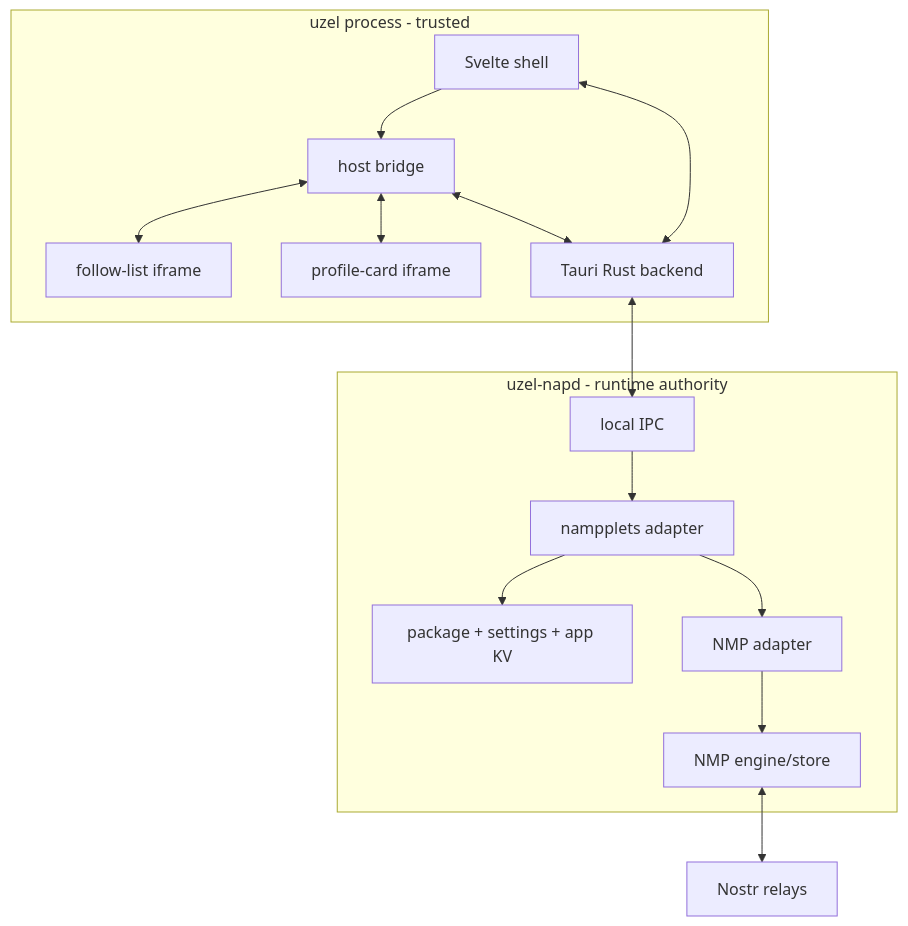
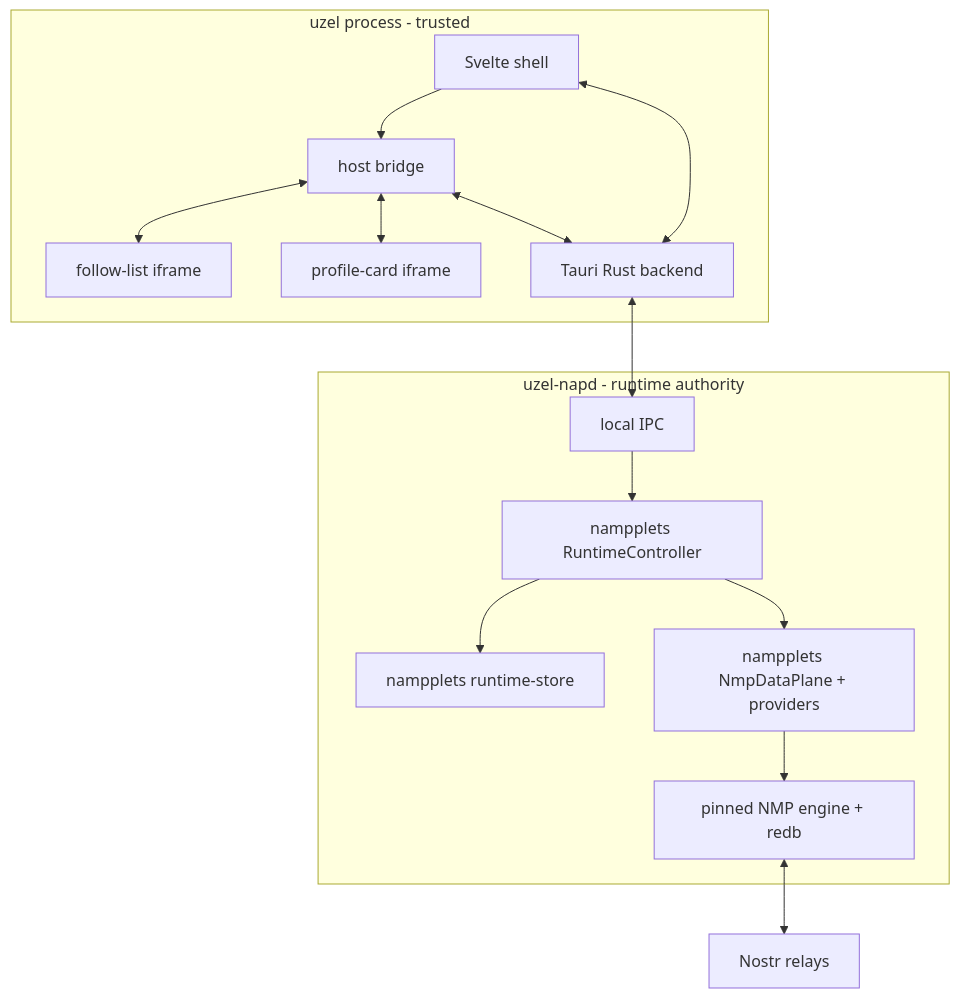
The first of 5 diagrams in uzel-poc-validated-pack/docs/02-architecture.md (jodobear/uzel), drawn with Mermaid before and after one commit. The commit also changed other lines of this file and 26 other files, not shown here.

````diff
--- a/uzel-poc-validated-pack/docs/02-architecture.md
+++ b/uzel-poc-validated-pack/docs/02-architecture.md
@@ -5,30 +7,30 @@
 ```mermaid
 flowchart TB
     subgraph Shell[uzel process - trusted]
         TB[Tauri Rust backend]
         UI[Svelte shell]
         HB[host bridge]
         F[follow-list iframe]
         P[profile-card iframe]
         UI --> HB
         HB <--> F
         HB <--> P
         HB <--> TB
         UI <--> TB
     end
 
     subgraph Daemon[uzel-napd - runtime authority]
         IPC[local IPC]
-        RT[nampplets adapter]
-        ST[package + settings + app KV]
-        NA[NMP adapter]
-        NE[NMP engine/store]
+        RT[nampplets RuntimeController]
+        ST[nampplets runtime-store]
+        NA[nampplets NmpDataPlane + providers]
+        NE[pinned NMP engine + redb]
         IPC --> RT
         RT --> ST
         RT --> NA
         NA --> NE
     end
 
     TB <--> IPC
     NE <--> RELAYS[Nostr relays]
 ```
````
